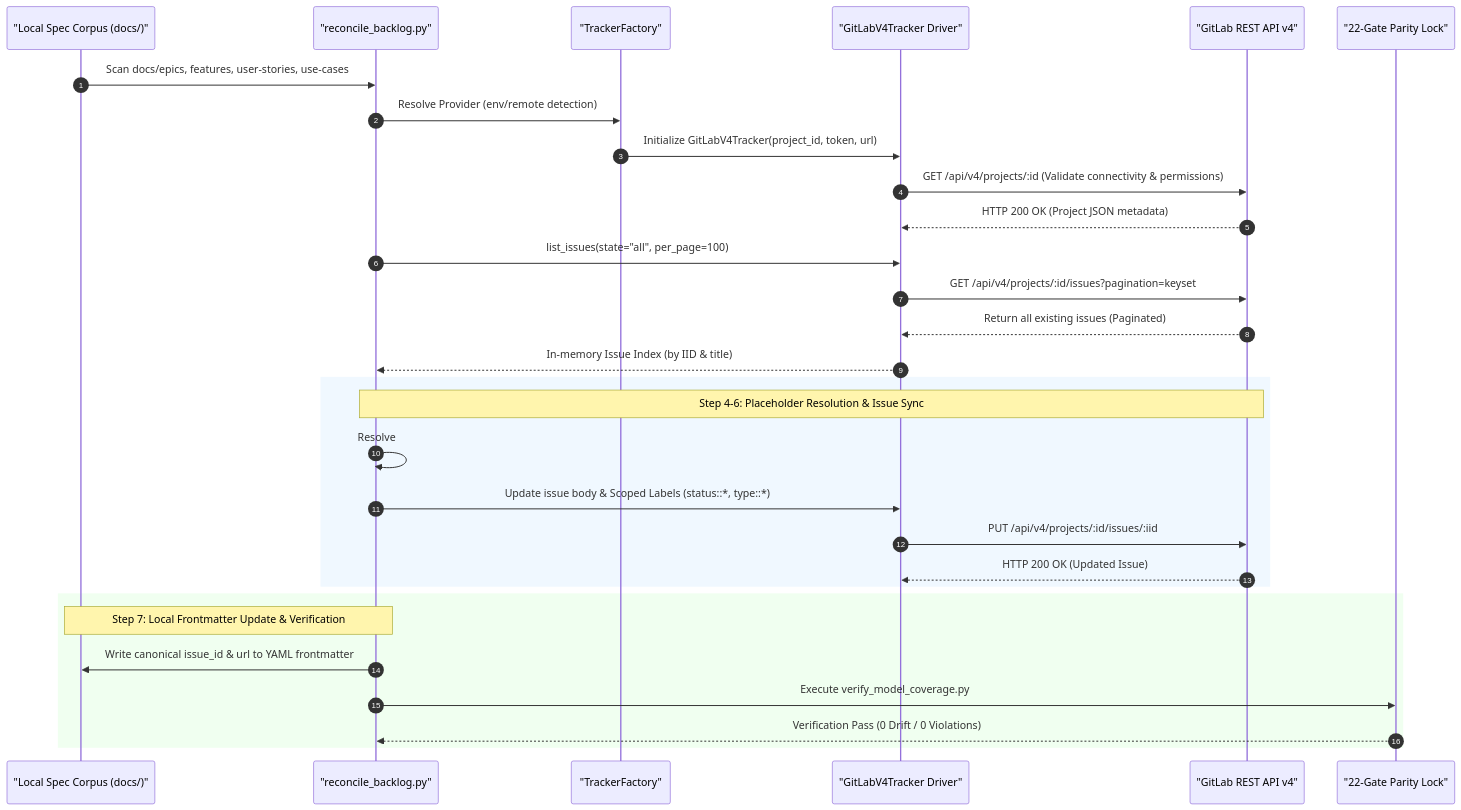
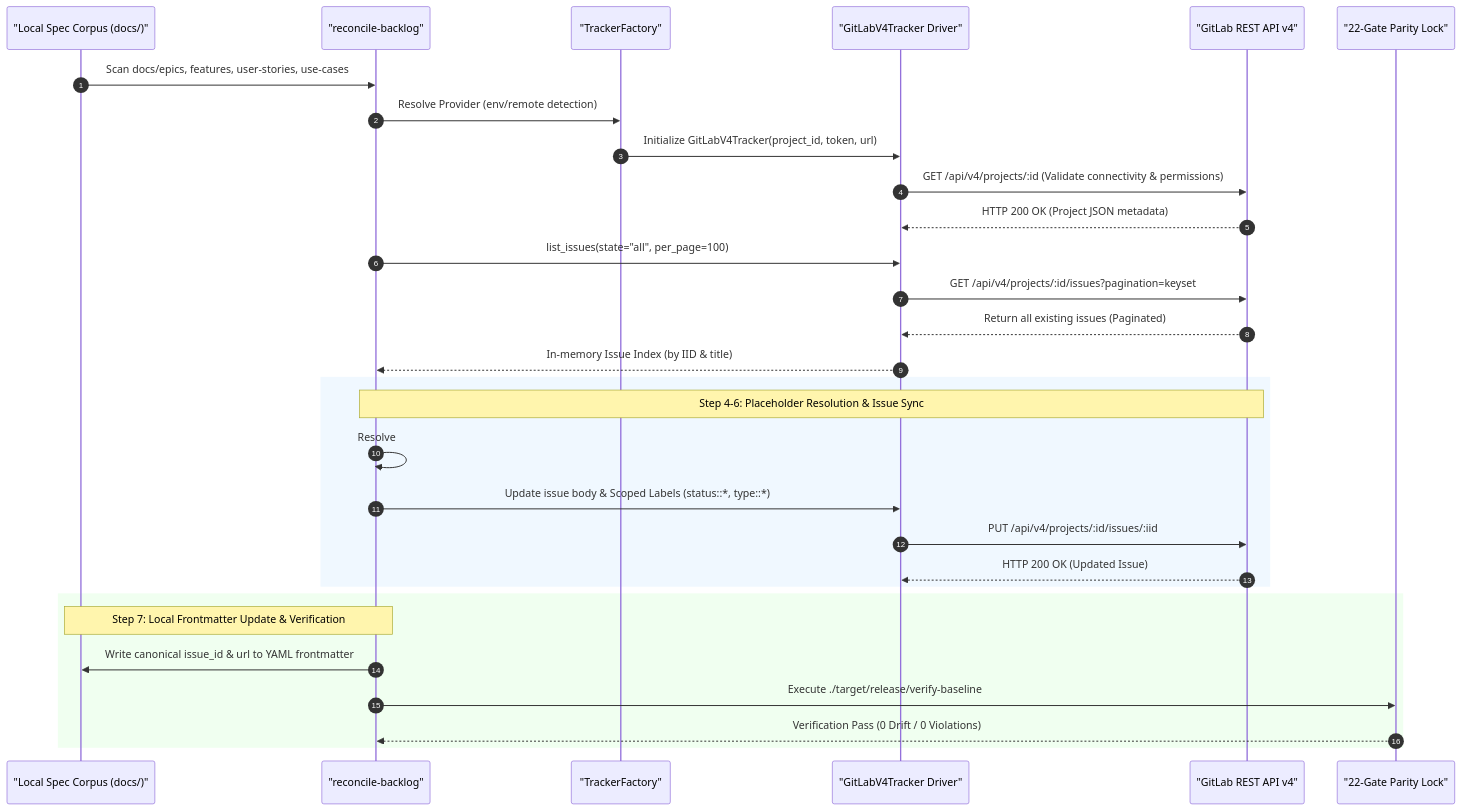
Before and after one commit to gintatkinson/DEAP01-spec-core: the fifth of 19 diagrams in docs/architecture/blueprints/MULTI_PROVIDER_GITLAB_INFRASTRUCTURE_ARCHITECTURE.md, drawn with Mermaid. The commit also changed other lines of this file and 162 other files, not shown here.

Commit message:
feat(verify-baseline,compile-sysml,ingest-sysml,deap-core): enforce Check 36 per-item 7-section docstring gate, Check 33 zero-Python content scanner, FEAT-42 source AST ingestion and docstring synthesizer, and 12-check defect dossier validator (refs #465, #466, #467, #468, #469)

````diff
--- a/docs/architecture/blueprints/MULTI_PROVIDER_GITLAB_INFRASTRUCTURE_ARCHITECTURE.md
+++ b/docs/architecture/blueprints/MULTI_PROVIDER_GITLAB_INFRASTRUCTURE_ARCHITECTURE.md
@@ -362,36 +362,36 @@
 ```mermaid
 sequenceDiagram
     autonumber
     participant LocalDisk as "Local Spec Corpus (docs/)"
-    participant Reconciler as "reconcile_backlog.py"
+    participant Reconciler as "reconcile-backlog"
     participant Factory as "TrackerFactory"
     participant Driver as "GitLabV4Tracker Driver"
     participant GL_API as "GitLab REST API v4"
     participant Auditor as "22-Gate Parity Lock"
 
     LocalDisk->>Reconciler: Scan docs/epics, features, user-stories, use-cases
     Reconciler->>Factory: Resolve Provider (env/remote detection)
     Factory->>Driver: Initialize GitLabV4Tracker(project_id, token, url)
     Driver->>GL_API: GET /api/v4/projects/:id (Validate connectivity & permissions)
     GL_API-->>Driver: HTTP 200 OK (Project JSON metadata)
 
     Reconciler->>Driver: list_issues(state="all", per_page=100)
     Driver->>GL_API: GET /api/v4/projects/:id/issues?pagination=keyset
     GL_API-->>Driver: Return all existing issues (Paginated)
     Driver-->>Reconciler: In-memory Issue Index (by IID & title)
 
     rect rgb(240, 248, 255)
         Note over Reconciler,GL_API: Step 4-6: Placeholder Resolution & Issue Sync
         Reconciler->>Reconciler: Resolve #[IssueID] -> #[IID] in dependencies
         Reconciler->>Driver: Update issue body & Scoped Labels (status::*, type::*)
         Driver->>GL_API: PUT /api/v4/projects/:id/issues/:iid
         GL_API-->>Driver: HTTP 200 OK (Updated Issue)
     end
 
     rect rgb(240, 255, 240)
         Note over Reconciler,LocalDisk: Step 7: Local Frontmatter Update & Verification
         Reconciler->>LocalDisk: Write canonical issue_id & url to YAML frontmatter
-        Reconciler->>Auditor: Execute verify_model_coverage.py
+        Reconciler->>Auditor: Execute ./target/release/verify-baseline
         Auditor-->>Reconciler: Verification Pass (0 Drift / 0 Violations)
     end
 ```
````
